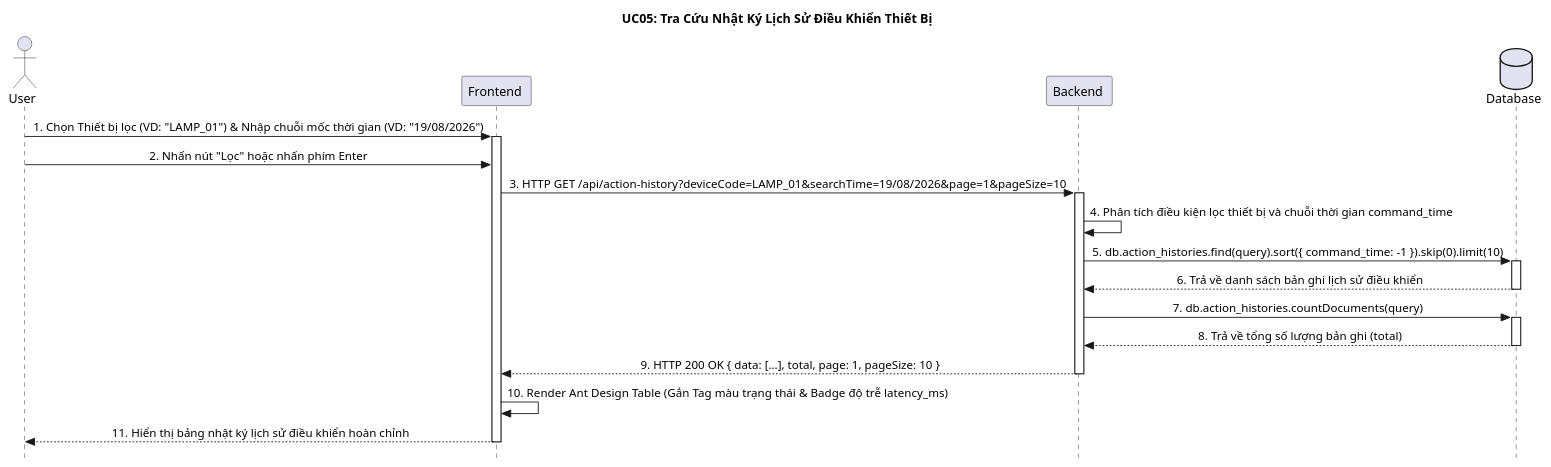
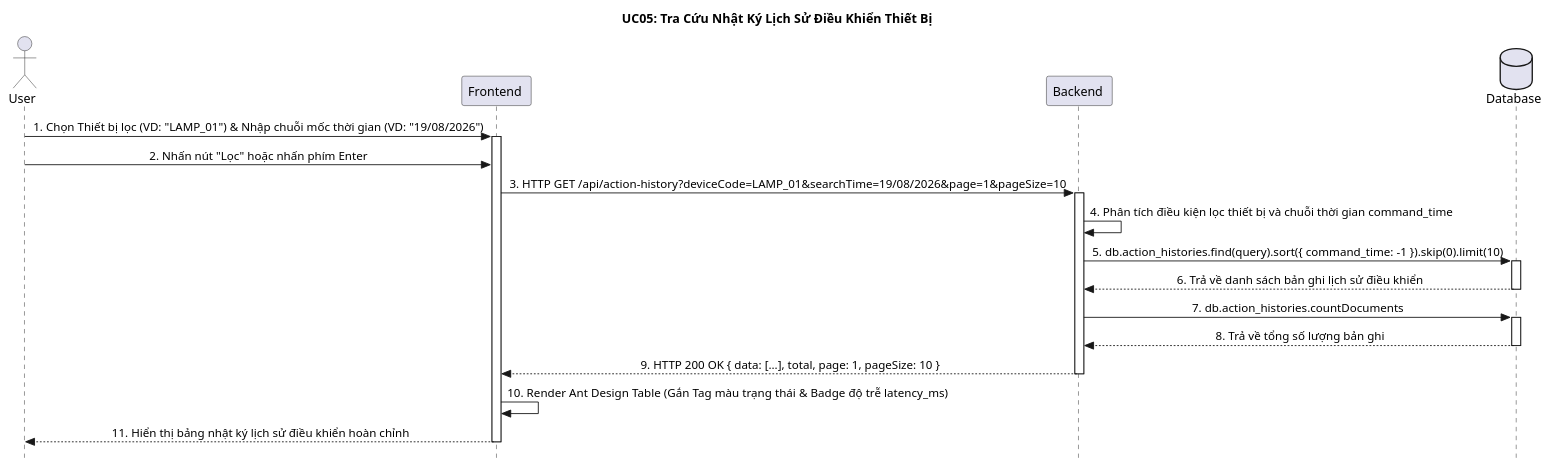
Before and after one commit to Rousingvan/IOT-HAIVAN-01: the seventh of 7 diagrams in report/PlantUML_Sequence_Diagrams.md, drawn with PlantUML. The commit also changed other lines of this file and 70 other files, not shown here.

````diff
--- a/report/PlantUML_Sequence_Diagrams.md
+++ b/report/PlantUML_Sequence_Diagrams.md
@@ -320,36 +320,36 @@
 ```plantuml
 @startuml UC05_Action_History
 skinparam style strictuml
 skinparam sequenceMessageAlign center
 
 title UC05: Tra Cứu Nhật Ký Lịch Sử Điều Khiển Thiết Bị
 
 actor "User" as User
 participant "Frontend " as FE
 participant "Backend " as BE
 database "Database" as DB
 
 User -> FE: 1. Chọn Thiết bị lọc (VD: "LAMP_01") & Nhập chuỗi mốc thời gian (VD: "19/08/2026")
 activate FE
 User -> FE: 2. Nhấn nút "Lọc" hoặc nhấn phím Enter
 FE -> BE: 3. HTTP GET /api/action-history?deviceCode=LAMP_01&searchTime=19/08/2026&page=1&pageSize=10
 activate BE
 BE -> BE: 4. Phân tích điều kiện lọc thiết bị và chuỗi thời gian command_time
 
 BE -> DB: 5. db.action_histories.find(query).sort({ command_time: -1 }).skip(0).limit(10)
 activate DB
 DB --> BE: 6. Trả về danh sách bản ghi lịch sử điều khiển
 deactivate DB
 
-BE -> DB: 7. db.action_histories.countDocuments(query)
+BE -> DB: 7. db.action_histories.countDocuments
 activate DB
-DB --> BE: 8. Trả về tổng số lượng bản ghi (total)
+DB --> BE: 8. Trả về tổng số lượng bản ghi
 deactivate DB
 
 BE --> FE: 9. HTTP 200 OK { data: [...], total, page: 1, pageSize: 10 }
 deactivate BE
 FE -> FE: 10. Render Ant Design Table (Gắn Tag màu trạng thái & Badge độ trễ latency_ms)
 FE --> User: 11. Hiển thị bảng nhật ký lịch sử điều khiển hoàn chỉnh
 deactivate FE
 @enduml
 ```
````
